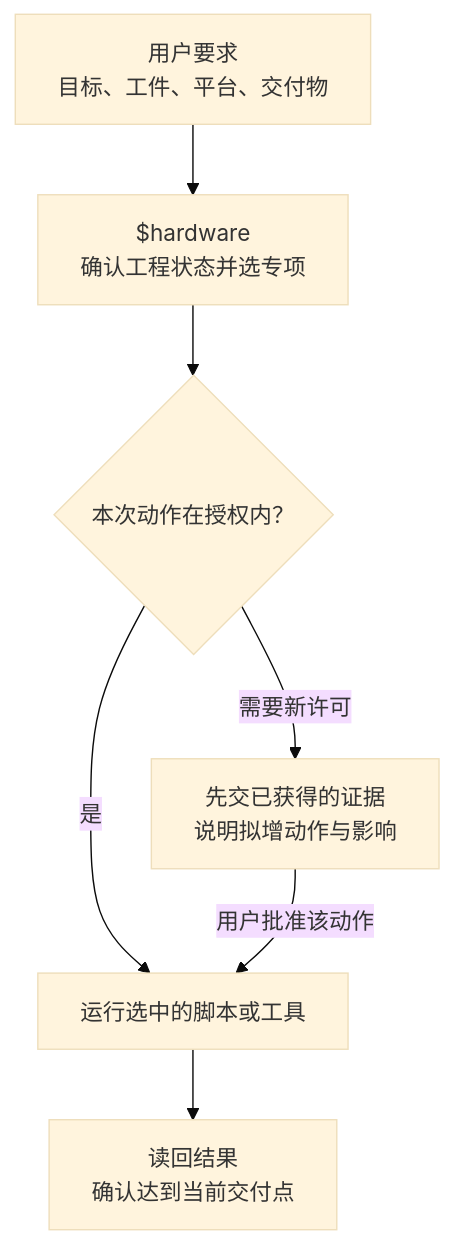
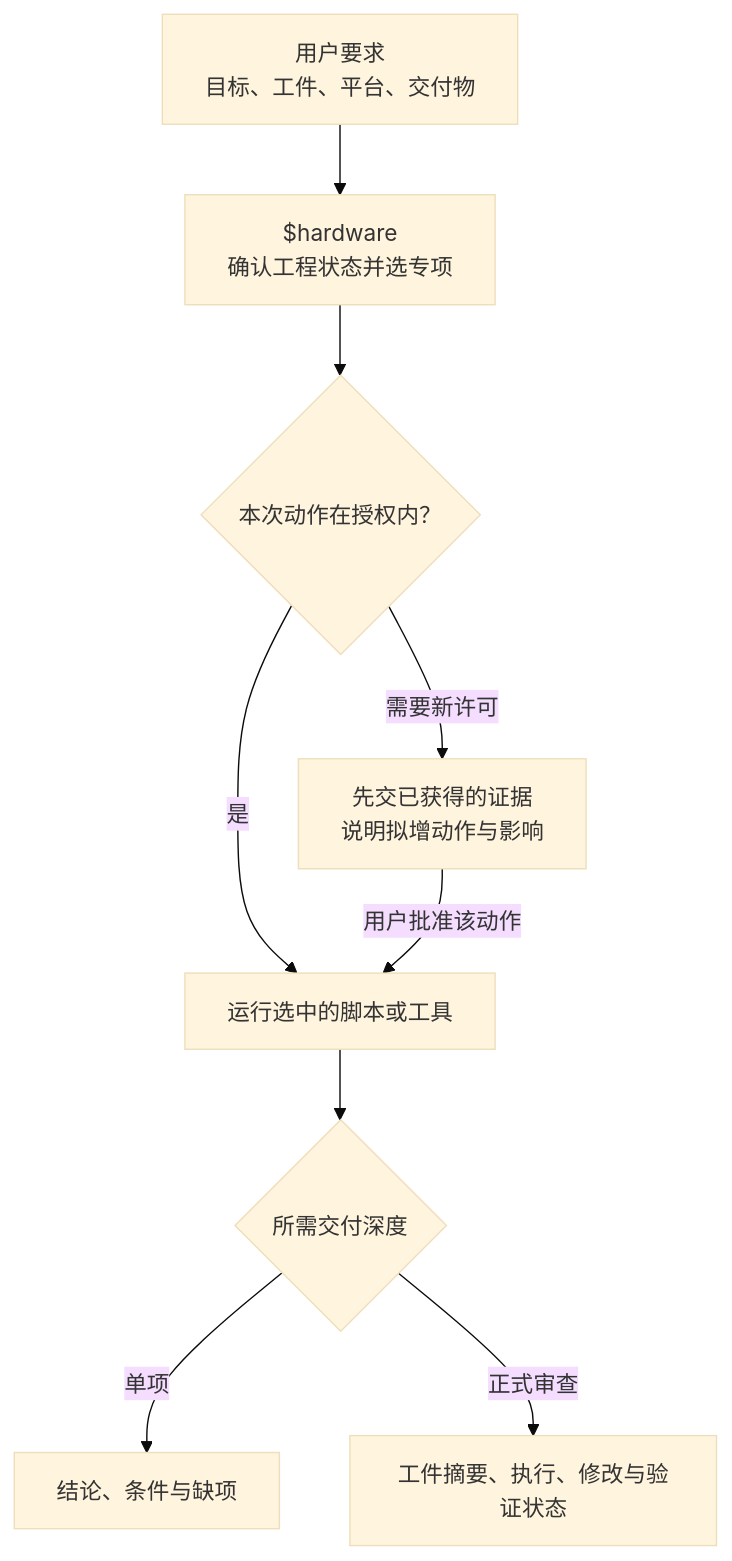
The first of 9 diagrams in docs/architecture-guide.md (zhr1008/hardware-design-skills), drawn with Mermaid (base theme) before and after one commit. The commit also changed other lines of this file and 109 other files, not shown here.

````diff
--- a/docs/architecture-guide.md
+++ b/docs/architecture-guide.md
@@ -11,9 +11,11 @@
 ```mermaid
 flowchart TD
   A["用户要求<br/>目标、工件、平台、交付物"] --> B["$hardware<br/>确认工程状态并选专项"]
   B --> C{"本次动作在授权内？"}
   C -->|"是"| D["运行选中的脚本或工具"]
   C -->|"需要新许可"| E["先交已获得的证据<br/>说明拟增动作与影响"]
   E -->|"用户批准该动作"| D
-  D --> F["读回结果<br/>确认达到当前交付点"]
+  D --> F{"所需交付深度"}
+  F -->|"单项"| G["结论、条件与缺项"]
+  F -->|"正式审查"| H["工件摘要、执行、修改与验证状态"]
 ```
````
